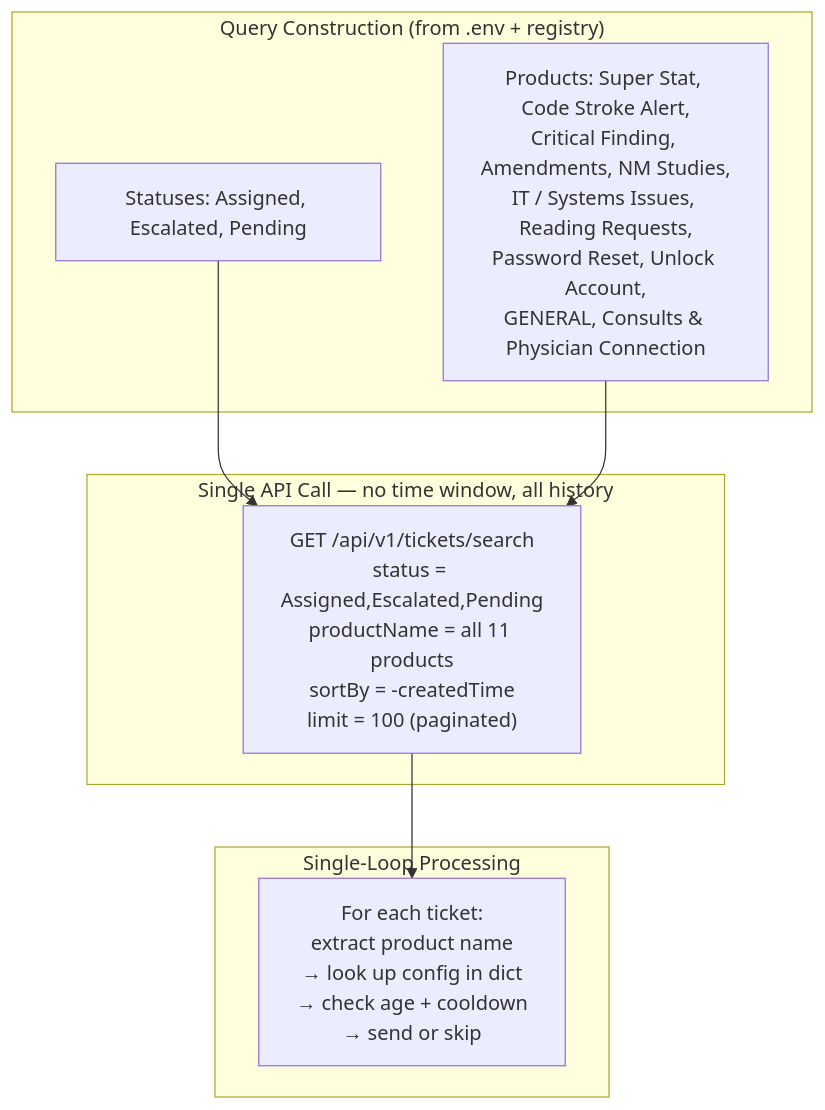
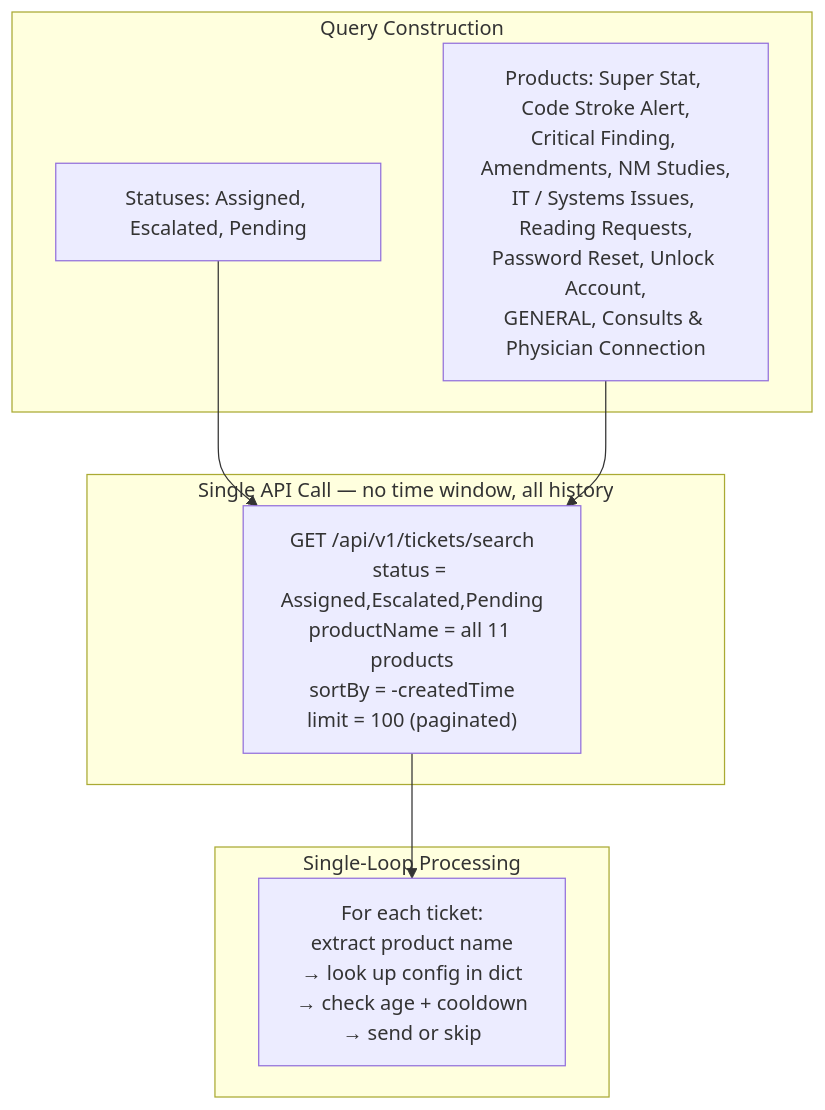
The third of 4 diagrams in README.md (AnsImran/ms-teams-zoho-desk-notifications-service), drawn with Mermaid before and after one commit. The commit also changed 1 other file, not shown here.

Commit message:
fix clipped subgraph title in search query diagram

````diff
--- a/README.md
+++ b/README.md
@@ -57,19 +57,19 @@
 ```mermaid
 flowchart TB
-    subgraph build["Query Construction (from .env + registry)"]
+    subgraph build["Query Construction"]
         S["Statuses: Assigned, Escalated, Pending"]
         P["Products: Super Stat, Code Stroke Alert,<br>Critical Finding, Amendments, NM Studies,<br>IT / Systems Issues, Reading Requests,<br>Password Reset, Unlock Account,<br>GENERAL, Consults & Physician Connection"]
     end
 
     subgraph call["Single API Call — no time window, all history"]
         Q["GET /api/v1/tickets/search<br>status = Assigned,Escalated,Pending<br>productName = all 11 products<br>sortBy = -createdTime<br>limit = 100 (paginated)"]
     end
 
     subgraph process["Single-Loop Processing"]
         L["For each ticket:<br>extract product name<br>→ look up config in dict<br>→ check age + cooldown<br>→ send or skip"]
     end
 
     S --> Q
     P --> Q
     Q --> L
 ```
````
